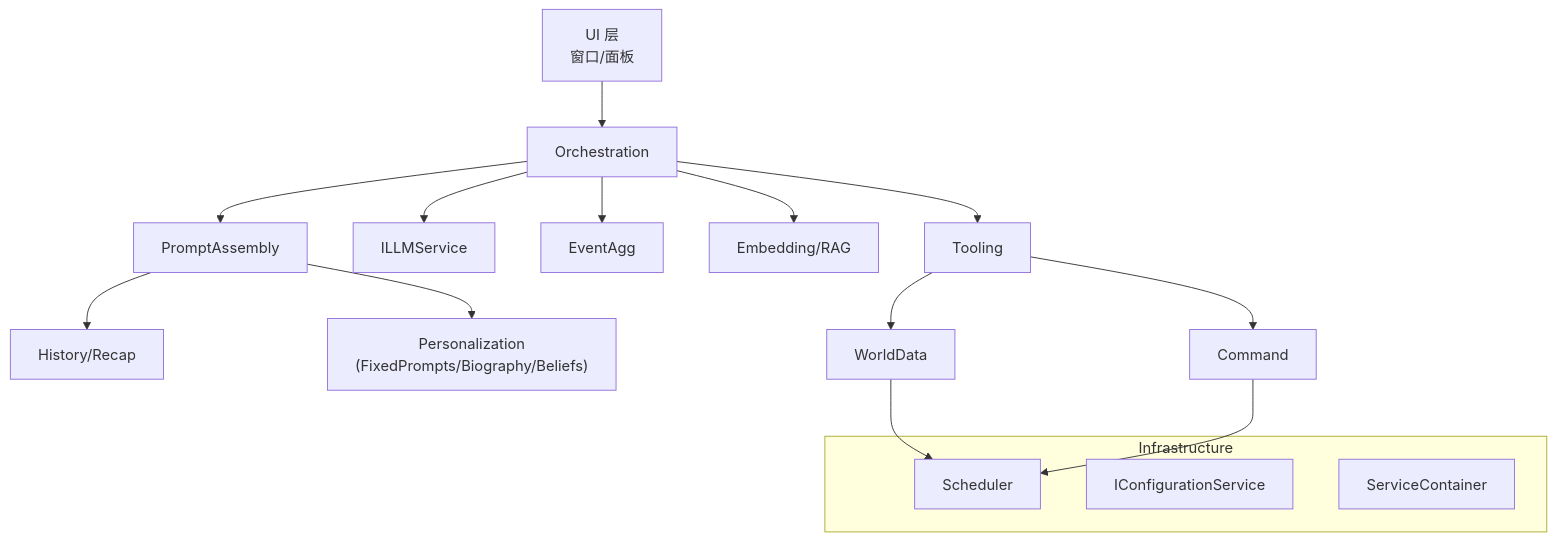
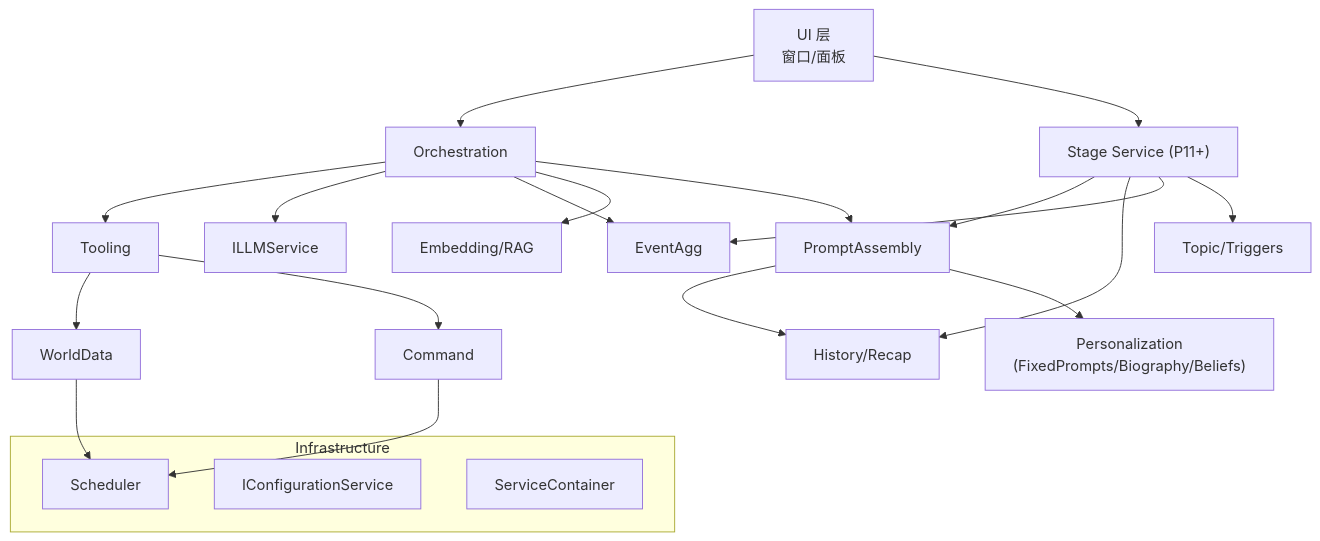
The diagram in docs/ARCHITECTURE_V4.md (oidahdsah0/Rimworld_AI_Core), drawn with Mermaid before and after one commit. The commit also changed other lines of this file and 2 other files, not shown here.

Commit message:
新增舞台服务（Stage）和仲裁内核（Stage Kernel）相关功能，优化会话管理与事件处理逻辑，支持会话串行化、合流窗口和冷却机制，提升系统的灵活性与可维护性。同时，更新文档以反映新功能和配置项，确保与现有逻辑的兼容性。

````diff
--- a/docs/ARCHITECTURE_V4.md
+++ b/docs/ARCHITECTURE_V4.md
@@ -61,22 +63,27 @@
 ```mermaid
 graph TD
     UI["UI 层\n窗口/面板"] --> Orchestration
+    UI --> Stage["Stage Service (P11+)"]
     Orchestration --> Tooling
     Orchestration --> LLM["ILLMService"]
     Orchestration --> EventAgg
     Orchestration --> Emb["Embedding/RAG"]
     Orchestration --> PromptAsm["PromptAssembly"]
     PromptAsm --> History["History/Recap"]
     PromptAsm --> Perso["Personalization\n(FixedPrompts/Biography/Beliefs)"]
+    Stage --> PromptAsm
+    Stage --> History
+    Stage --> EventAgg
+    Stage --> Topic["Topic/Triggers"]
     Tooling --> WorldData
     Tooling --> Command
     WorldData --> Scheduler
     Command --> Scheduler
     %% 缓存已下沉到 Framework，Core 不再持有缓存
     subgraph Infrastructure
         Scheduler
         %% Cache
         Config[IConfigurationService]
         DI[ServiceContainer]
     end
 ```
````
